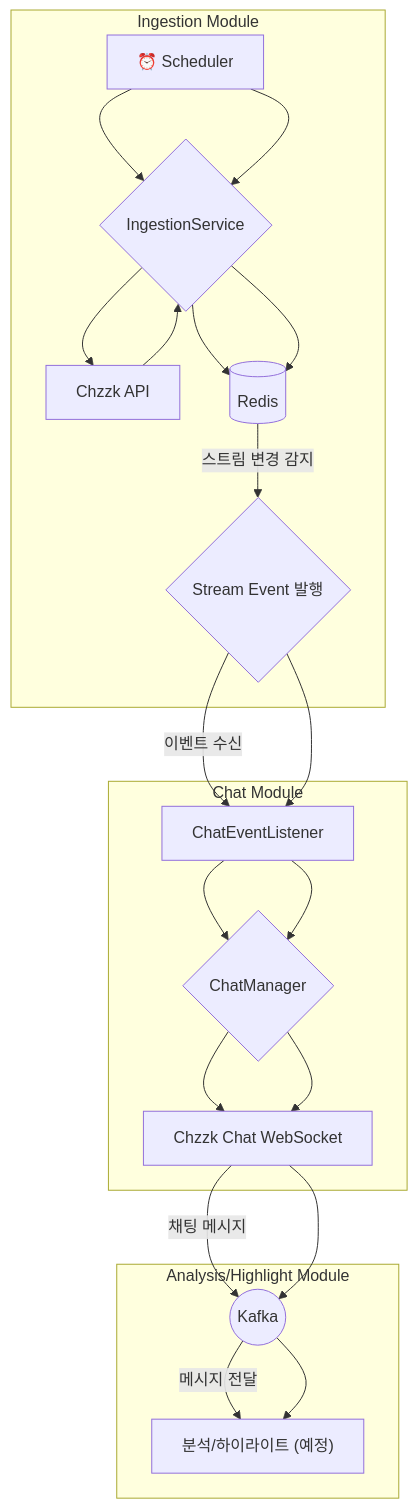
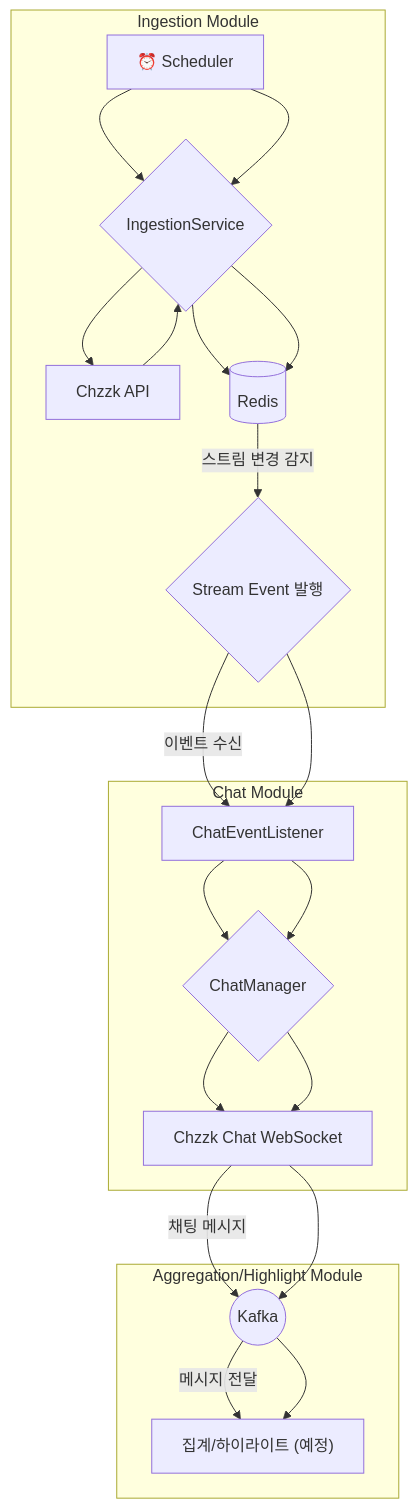
Before and after one commit to Firedrago95/stream-engine: the diagram in README.md, drawn with Mermaid. The commit also changed other lines of this file and 16 other files, not shown here.

````diff
--- a/README.md
+++ b/README.md
@@ -37,30 +37,30 @@
 ```mermaid
 graph TD
     subgraph Ingestion Module
         A[⏰ Scheduler] --> B{IngestionService}
         B --> C[Chzzk API]
         B --> D[(Redis)]
         D -- "스트림 변경 감지" --> E{Stream Event 발행}
     end
 
     subgraph Chat Module
         E -- "이벤트 수신" --> F[ChatEventListener]
         F --> G{ChatManager}
         G --> H[Chzzk Chat WebSocket]
     end
 
-    subgraph "Analysis/Highlight Module"
+    subgraph "Aggregation/Highlight Module"
         H -- "채팅 메시지" --> I((Kafka))
-        I -- "메시지 전달" --> J["분석/하이라이트 (예정)"]
+        I -- "메시지 전달" --> J["집계/하이라이트 (예정)"]
     end
 
     %% redundant connections removed as they are defined inside subgraphs or explicitly below
     A --> B
     C --> B
     B --> D
     E --> F
     F --> G
     G --> H
     H --> I
     I --> J
 ```
````
